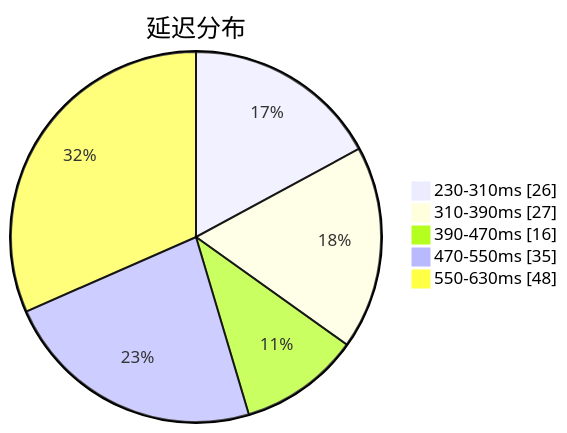
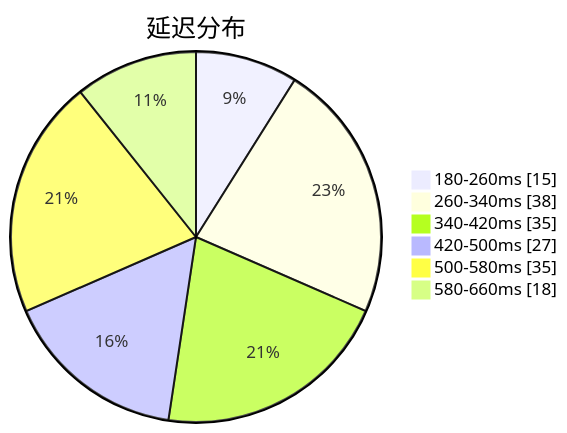
One commit to qjlxg/airport changed the first of 3 diagrams in subs/statistics/tested_within.md. Above: the diagram before and after it, drawn with Mermaid. The commit also changed other lines of this file and 2 other files, not shown here.

````diff
--- a/subs/statistics/tested_within.md
+++ b/subs/statistics/tested_within.md
@@ -2,9 +2,10 @@
 ```mermaid
 pie showData
 title 延迟分布
-"230-310ms" : 26
-"310-390ms" : 27
-"390-470ms" : 16
-"470-550ms" : 35
-"550-630ms" : 48
+"180-260ms" : 15
+"260-340ms" : 38
+"340-420ms" : 35
+"420-500ms" : 27
+"500-580ms" : 35
+"580-660ms" : 18
 ```
````
